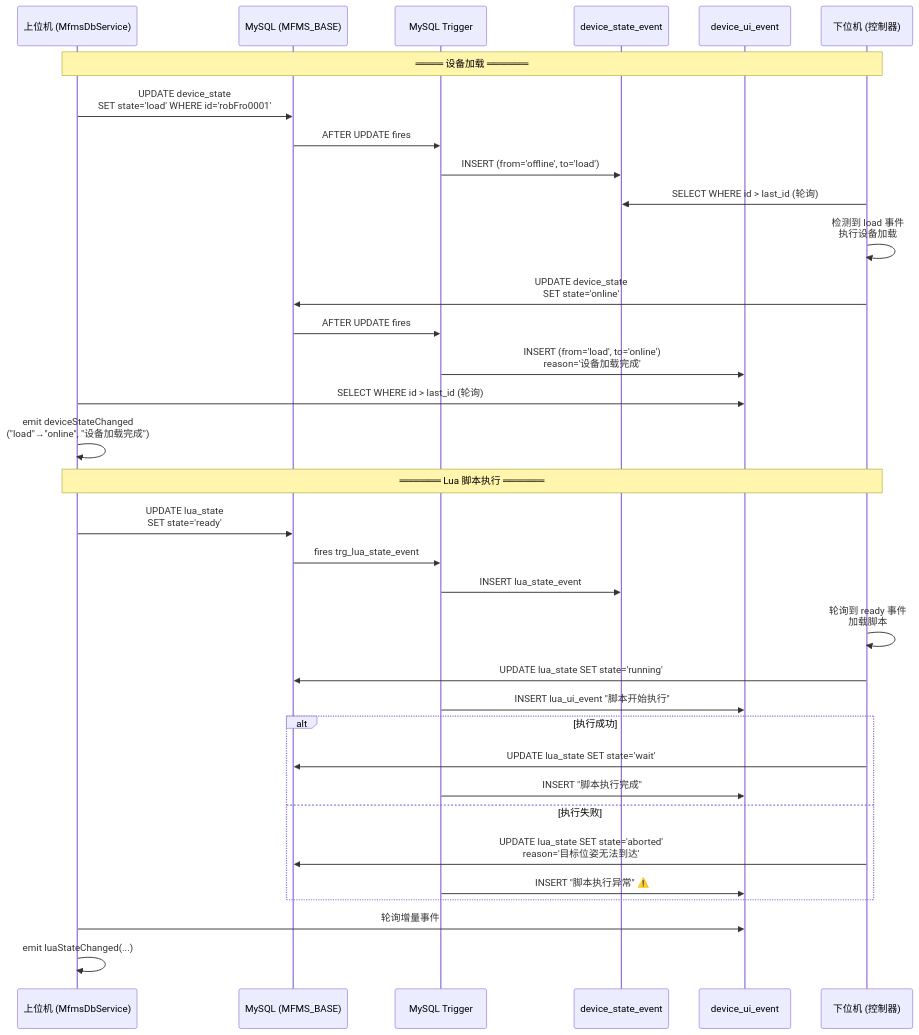
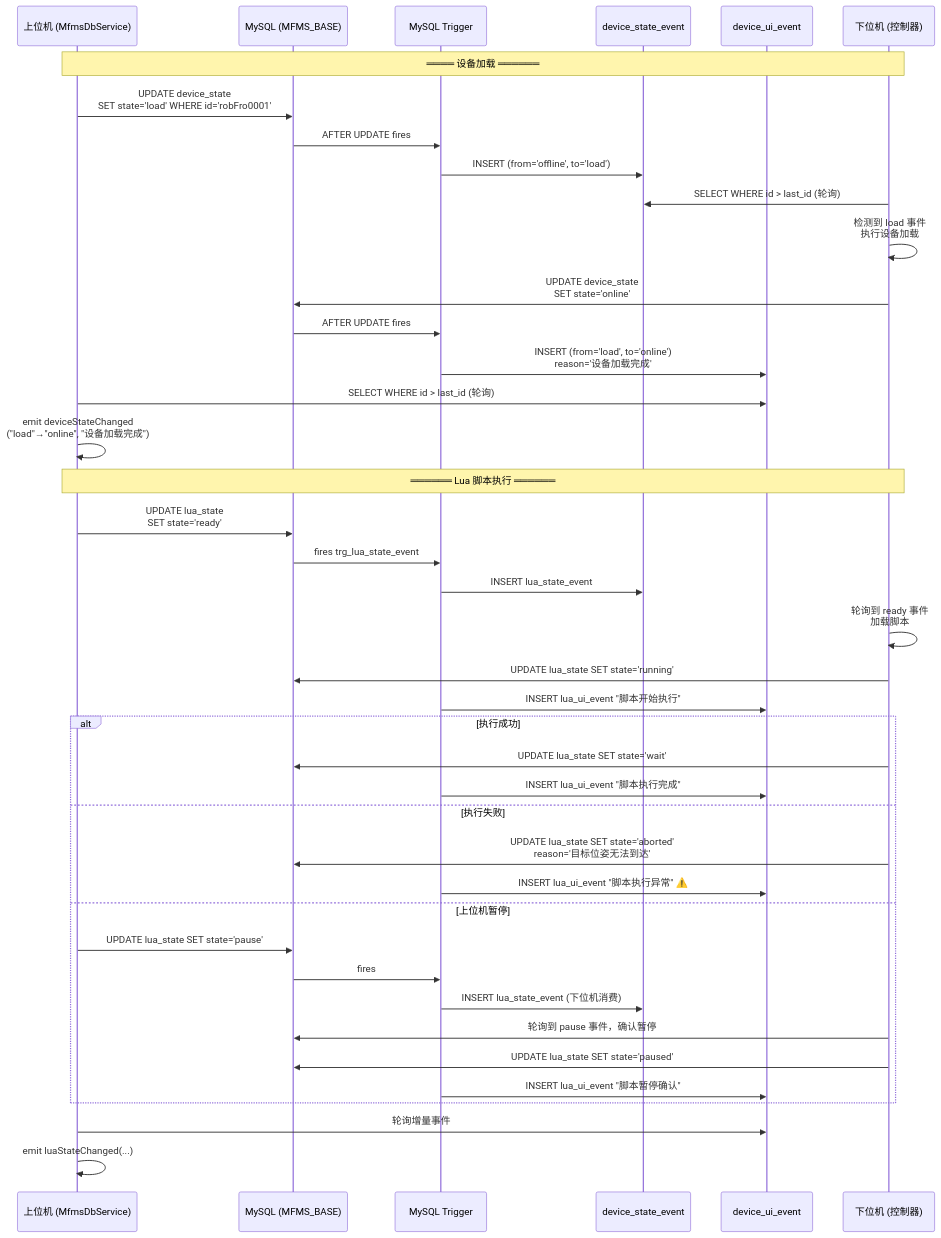
Diagram 11 of 14 in 10.研一上学期/MFMS_DataCenter_Architecture.md (495229520/obsidian_notes), drawn with Mermaid before and after one commit. The commit also changed other lines of this file and 19 other files, not shown here.

````diff
--- a/10.研一上学期/MFMS_DataCenter_Architecture.md
+++ b/10.研一上学期/MFMS_DataCenter_Architecture.md
@@ -568,45 +1033,52 @@
 ```mermaid
 sequenceDiagram
     participant Host as 上位机 (MfmsDbService)
     participant DB as MySQL (MFMS_BASE)
     participant TRG as MySQL Trigger
     participant DEvt as device_state_event
     participant UEvt as device_ui_event
     participant Low as 下位机 (控制器)
 
     Note over Host,Low: ════ 设备加载 ══════
 
     Host->>DB: UPDATE device_state<br/>SET state='load' WHERE id='robFro0001'
     DB->>TRG: AFTER UPDATE fires
     TRG->>DEvt: INSERT (from='offline', to='load')
 
     Low->>DEvt: SELECT WHERE id > last_id (轮询)
     Low->>Low: 检测到 load 事件<br/>执行设备加载
     Low->>DB: UPDATE device_state<br/>SET state='online'
     DB->>TRG: AFTER UPDATE fires
     TRG->>UEvt: INSERT (from='load', to='online')<br/>reason='设备加载完成'
 
     Host->>UEvt: SELECT WHERE id > last_id (轮询)
     Host->>Host: emit deviceStateChanged<br/>("load"→"online", "设备加载完成")
 
     Note over Host,Low: ══════ Lua 脚本执行 ══════
 
     Host->>DB: UPDATE lua_state<br/>SET state='ready'
     DB->>TRG: fires trg_lua_state_event
     TRG->>DEvt: INSERT lua_state_event
 
     Low->>Low: 轮询到 ready 事件<br/>加载脚本
     Low->>DB: UPDATE lua_state SET state='running'
     TRG->>UEvt: INSERT lua_ui_event "脚本开始执行"
 
     alt 执行成功
         Low->>DB: UPDATE lua_state SET state='wait'
-        TRG->>UEvt: INSERT "脚本执行完成"
+        TRG->>UEvt: INSERT lua_ui_event "脚本执行完成"
     else 执行失败
         Low->>DB: UPDATE lua_state SET state='aborted'<br/>reason='目标位姿无法到达'
-        TRG->>UEvt: INSERT "脚本执行异常" ⚠️
+        TRG->>UEvt: INSERT lua_ui_event "脚本执行异常" ⚠️
+    else 上位机暂停
+        Host->>DB: UPDATE lua_state SET state='pause'
+        DB->>TRG: fires
+        TRG->>DEvt: INSERT lua_state_event (下位机消费)
+        Low->>DB: 轮询到 pause 事件，确认暂停
+        Low->>DB: UPDATE lua_state SET state='paused'
+        TRG->>UEvt: INSERT lua_ui_event "脚本暂停确认"
     end
 
     Host->>UEvt: 轮询增量事件
     Host->>Host: emit luaStateChanged(...)
 ```
````
